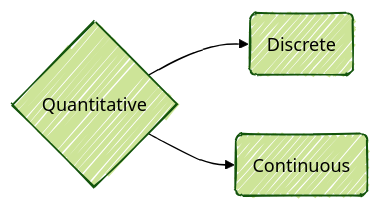
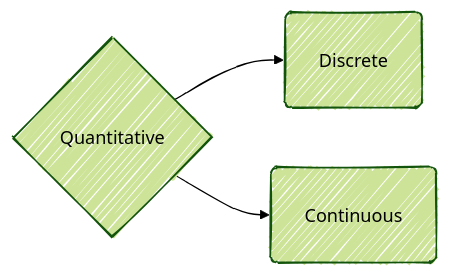
One commit to aluby/stat120 changed the second of 2 diagrams in slides/01-welcome-slides.qmd. Above: the diagram before and after it, drawn with Mermaid. The commit also changed other lines of this file and 179 other files, not shown here.

````diff
--- a/slides/01-welcome-slides.qmd
+++ b/slides/01-welcome-slides.qmd
@@ -354,10 +366,14 @@
 ```{mermaid}
 ---
 config:
   look: handDrawn
   theme: forest
+  flowchart:
+    nodeSpacing: 50
+    rankSpacing: 50
+    padding: 30
 ---
 flowchart LR
   A{Quantitative} --> B(Discrete)
   A --> C(Continuous)
 ```
````
